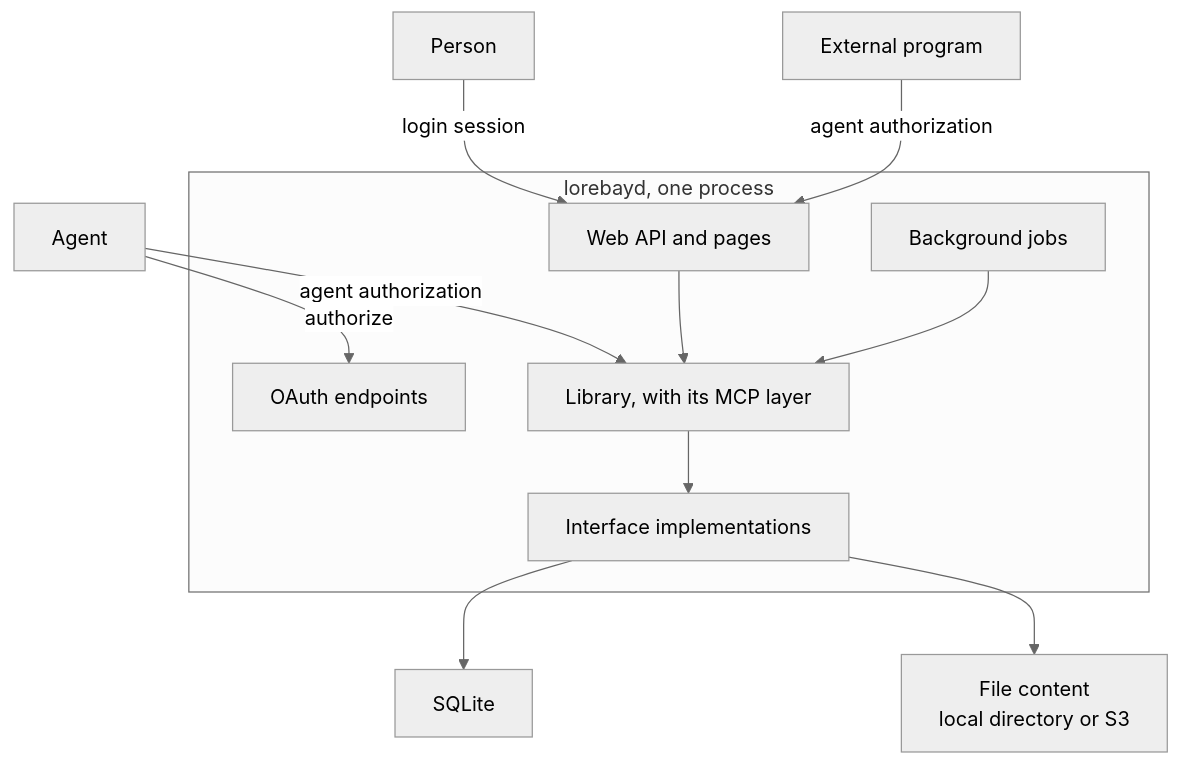
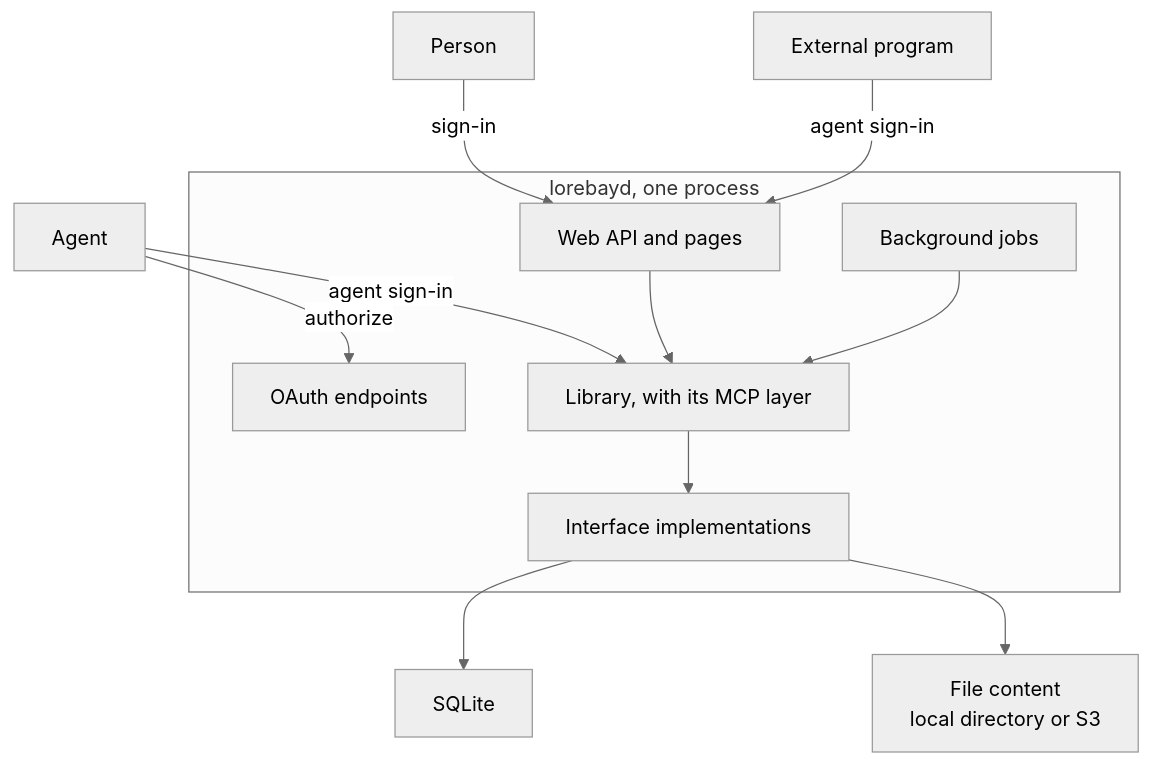
Before and after one commit to lorebayai/lorebay: the diagram in docs/architecture/system.md, drawn with Mermaid (neutral theme). The commit also changed other lines of this file and 79 other files, not shown here.

````diff
--- a/docs/architecture/system.md
+++ b/docs/architecture/system.md
@@ -33,24 +33,24 @@
 ```mermaid
 flowchart TD
     human["Person"]
     program["External program"]
     agent["Agent"]
     subgraph lorebayd["lorebayd, one process"]
         web["Web API and pages"]
         oauth["OAuth endpoints"]
         impls["Interface implementations"]
         jobs["Background jobs"]
         library["Library, with its MCP layer"]
     end
     sqlite["SQLite"]
     store["File content<br/>local directory or S3"]
-    human -- "login session" --> web
-    program -- "agent authorization" --> web
-    agent -- "agent authorization" --> library
+    human -- "sign-in" --> web
+    program -- "agent sign-in" --> web
+    agent -- "agent sign-in" --> library
     agent -- "authorize" --> oauth
     web --> library
     jobs --> library
     library --> impls
     impls --> sqlite
     impls --> store
 ```
````
